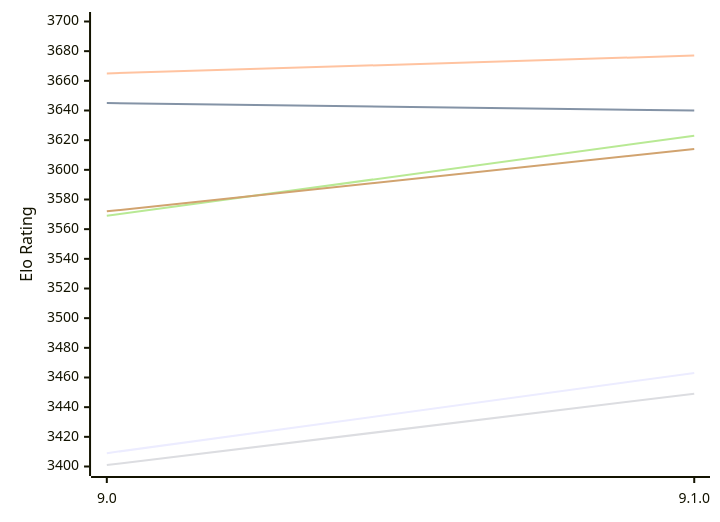
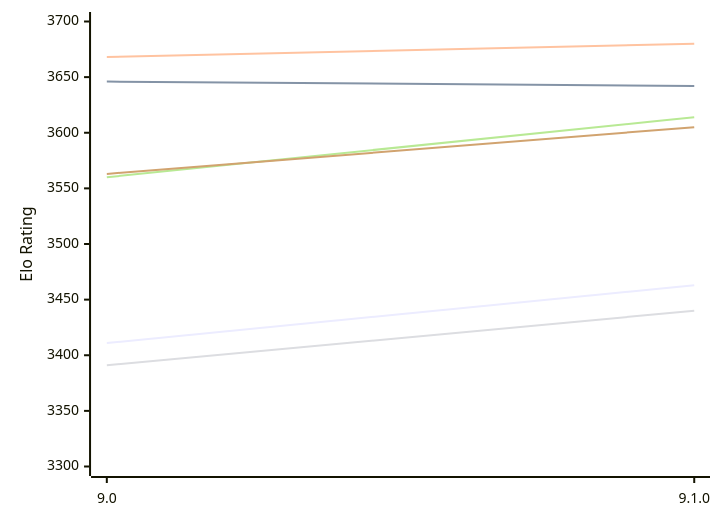
The first of 2 diagrams in engines/Alexandria.md (computer-chess-index/cci), drawn with Mermaid before and after one commit. The commit also changed other lines of this file, not shown here.

Commit message:
Update CCI Ratings (ELO VLTC) - 2026-11-15

````diff
--- a/engines/Alexandria.md
+++ b/engines/Alexandria.md
@@ -54,12 +54,12 @@
 ```mermaid
 %%{init: {"theme":"base","themeVariables":{"seriesColors:['#a3a3a3','#222221','#faa371']}}}%%
 xychart-beta
   x-axis ["9.0", "9.1.0"]
-  y-axis "Elo Rating" 3400 --> 3700
-  line "E1: STC (8.0+0.08s)" [3409, 3463]
-  line "E1: LTC (60.0+0.60s)" [3645, 3640]
-  line "E1: VLTC (2m24s+1.12s)" [3665, 3677]
-  line "P1: STC (8.0+0.08s)" [3401, 3449]
-  line "P1: LTC (60.0+0.60s)" [3569, 3623]
-  line "P1: VLTC (2m24s+1.12s)" [3572, 3614]
+  y-axis "Elo Rating" 3300 --> 3700
+  line "E1: STC (8.0+0.08s)" [3411, 3463]
+  line "E1: LTC (60.0+0.60s)" [3646, 3642]
+  line "E1: VLTC (2m24s+1.12s)" [3668, 3680]
+  line "P1: STC (8.0+0.08s)" [3391, 3440]
+  line "P1: LTC (60.0+0.60s)" [3560, 3614]
+  line "P1: VLTC (2m24s+1.12s)" [3563, 3605]
 ```
````
